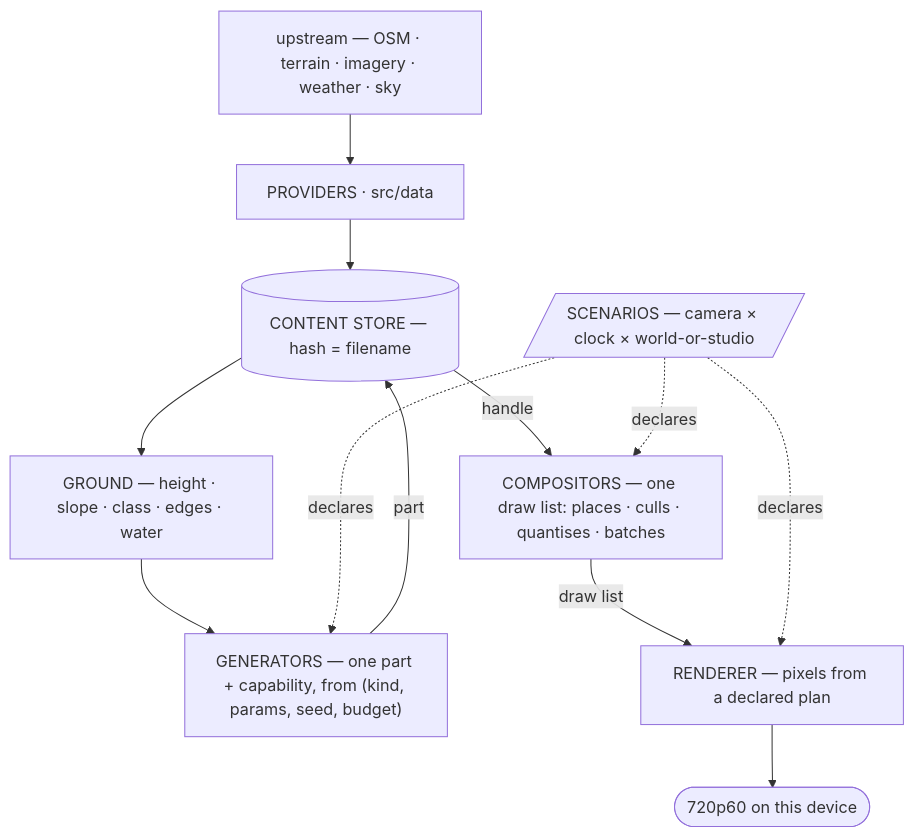
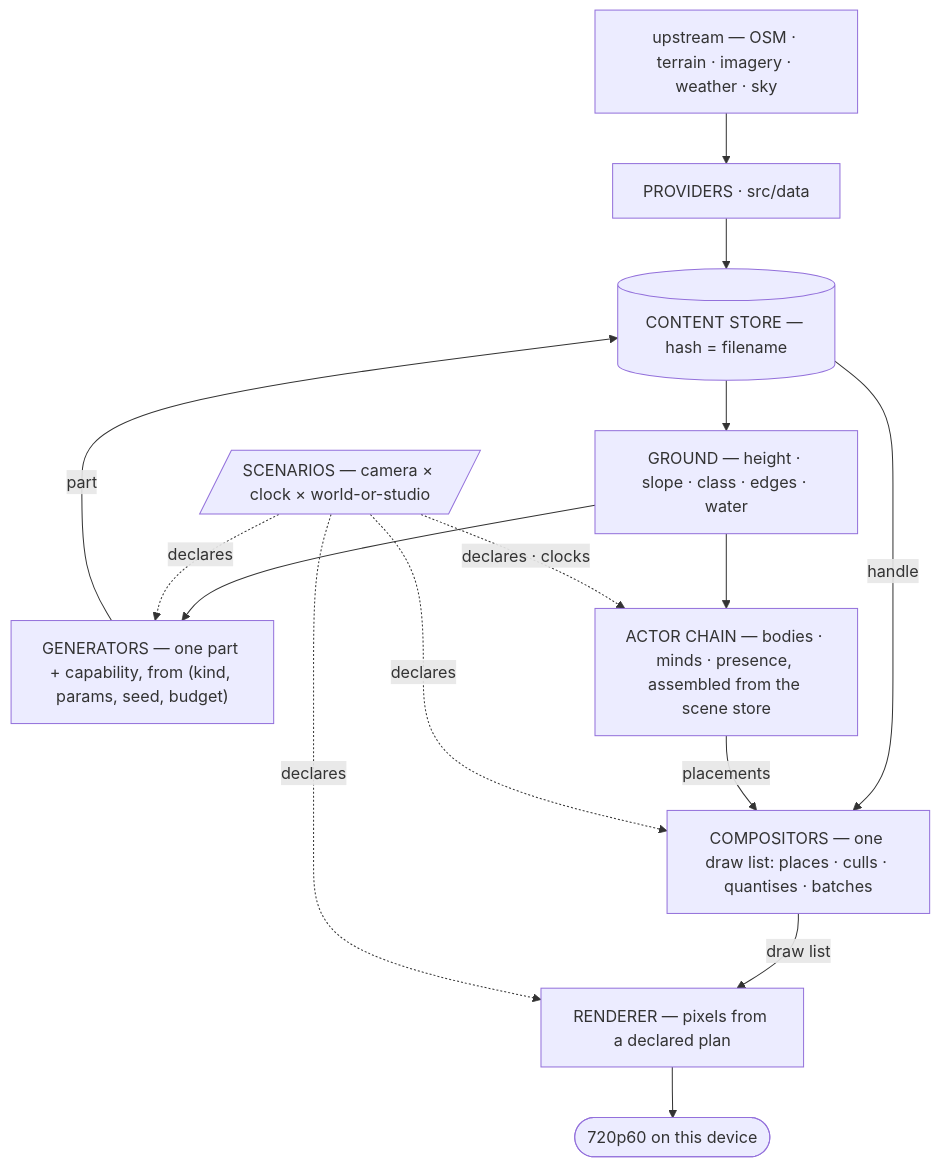
The first of 11 diagrams in CLAUDE.md (Weichwolf/outshine), drawn with Mermaid before and after one commit.

Commit message:
CLAUDE.md: the actor chain stands in the architecture as one box -- the scenario declares and clocks it, the ground feeds it, its placements meet the compositor

````diff
--- a/CLAUDE.md
+++ b/CLAUDE.md
@@ -22,16 +22,20 @@
 ```mermaid
 flowchart TD
   upstream["upstream — OSM · terrain · imagery · weather · sky"]
   providers["PROVIDERS · src/data"]
   store[("CONTENT STORE — hash = filename")]
   field["GROUND — height · slope · class · edges · water"]
   gen["GENERATORS — one part + capability, from (kind, params, seed, budget)"]
   comp["COMPOSITORS — one draw list: places · culls · quantises · batches"]
   rend["RENDERER — pixels from a declared plan"]
   frame(["720p60 on this device"])
   scen[/"SCENARIOS — camera × clock × world-or-studio"/]
 
+  actors["ACTOR CHAIN — bodies · minds · presence, assembled from the scene store"]
+
   upstream --> providers --> store --> field --> gen
   gen -->|part| store -->|handle| comp -->|draw list| rend --> frame
+  field --> actors -->|placements| comp
   scen -.->|declares| gen & comp & rend
+  scen -.->|declares · clocks| actors
 ```
````
